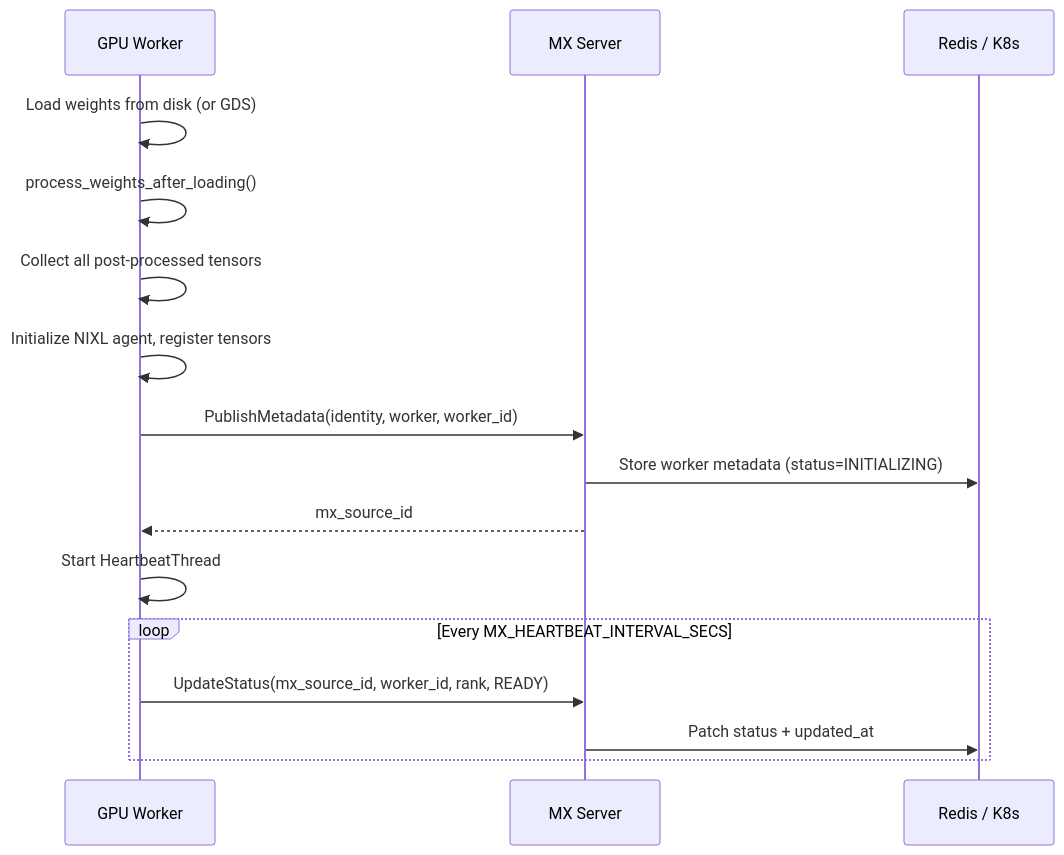
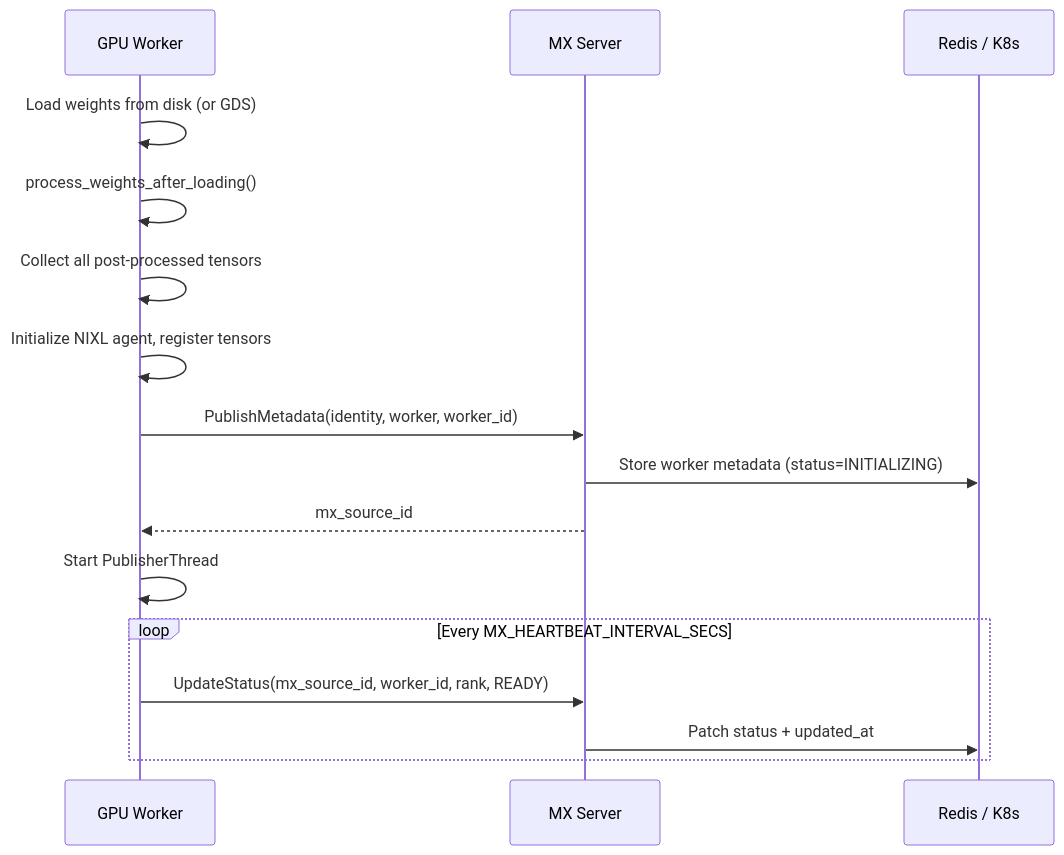
One commit to ai-dynamo/modelexpress changed the second of 3 diagrams in docs/metadata.md. Above: the diagram before and after it, drawn with Mermaid. The commit also changed other lines of this file and 22 other files, not shown here.

````diff
--- a/docs/metadata.md
+++ b/docs/metadata.md
@@ -414,19 +414,19 @@
 ```mermaid
 sequenceDiagram
     participant W as GPU Worker
     participant MX as MX Server
     participant Backend as Redis / K8s
 
     W->>W: Load weights from disk (or GDS)
     W->>W: process_weights_after_loading()
     W->>W: Collect all post-processed tensors
     W->>W: Initialize NIXL agent, register tensors
     W->>MX: PublishMetadata(identity, worker, worker_id)
     MX->>Backend: Store worker metadata (status=INITIALIZING)
     MX-->>W: mx_source_id
-    W->>W: Start HeartbeatThread
+    W->>W: Start PublisherThread
     loop Every MX_HEARTBEAT_INTERVAL_SECS
         W->>MX: UpdateStatus(mx_source_id, worker_id, rank, READY)
         MX->>Backend: Patch status + updated_at
     end
 ```
````
